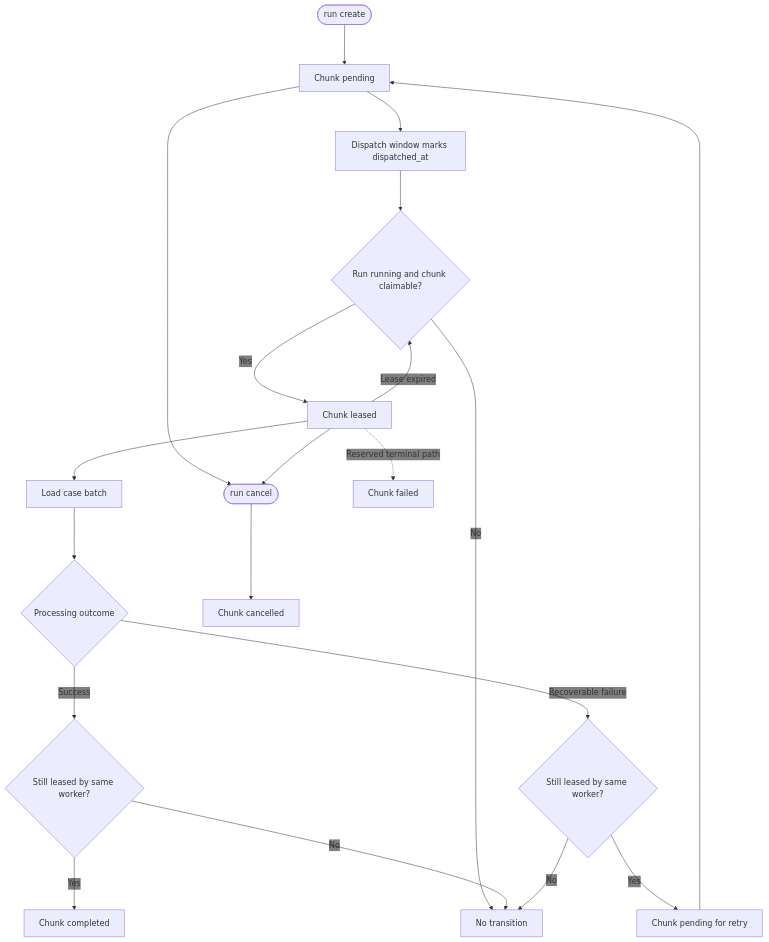
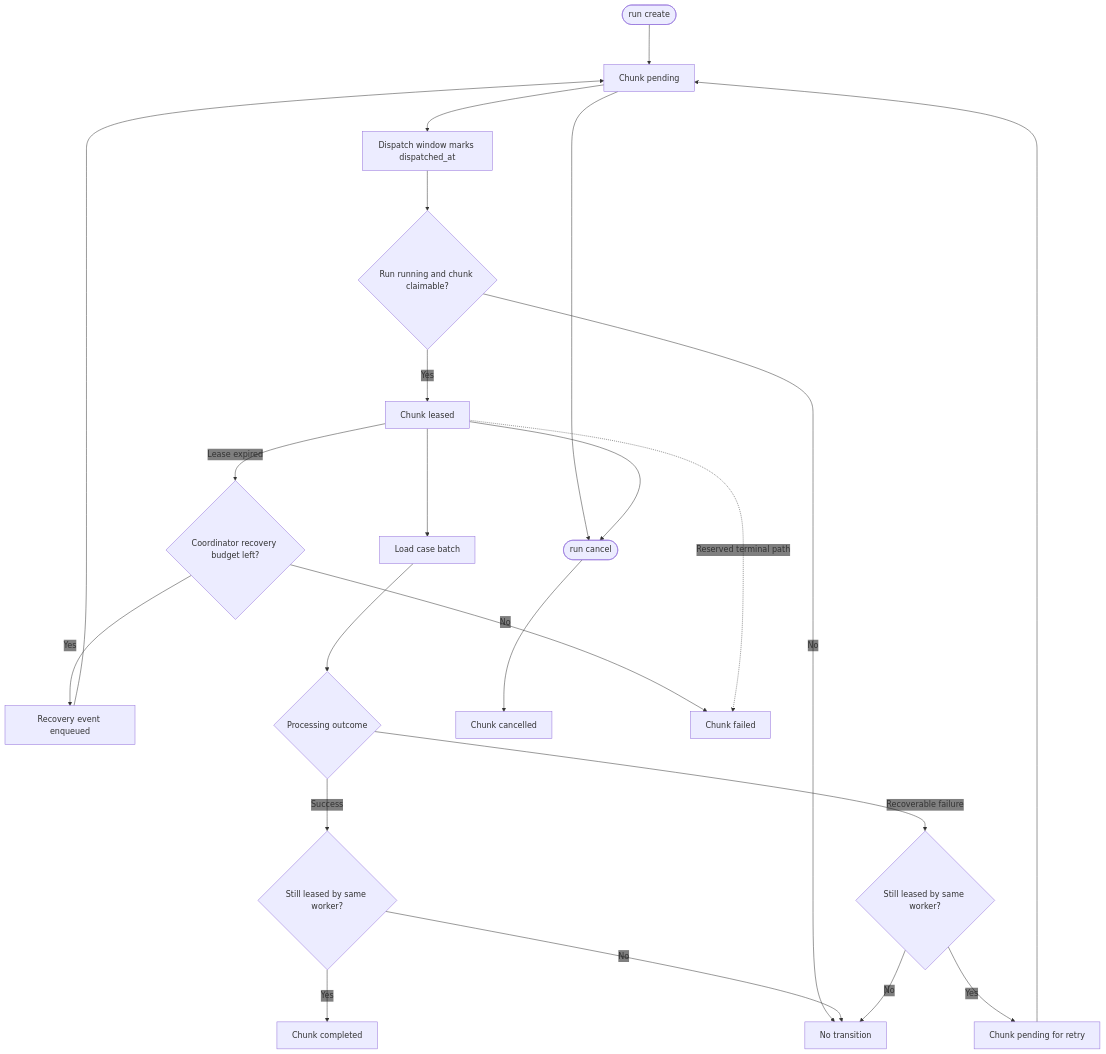
The diagram in web/docs/architecture/state/chunk-lifecycle/diagram.mmd (gregl83/agent-vigilo), drawn with Mermaid before and after one commit. The commit also changed 16 other files, not shown here.

```diff
--- a/web/docs/architecture/state/chunk-lifecycle/diagram.mmd
+++ b/web/docs/architecture/state/chunk-lifecycle/diagram.mmd
@@ -1,51 +1,55 @@
 ---
 config:
   flowchart:
     nodeSpacing: 150
     rankSpacing: 80
   themeVariables:
     edgeLabelBackground: 'transparent'
 ---
 flowchart TD
     Create([run create])
     Pending[Chunk pending]
     Dispatch[Dispatch window marks dispatched_at]
     ClaimGuard{Run running and chunk claimable?}
     Leased[Chunk leased]
+    Recover{Coordinator recovery budget left?}
+    RecoveryEvent[Recovery event enqueued]
     LoadCases[Load case batch]
     Process{Processing outcome}
     CompleteGuard{Still leased by same worker?}
     Completed[Chunk completed]
     ReleaseGuard{Still leased by same worker?}
     Requeued[Chunk pending for retry]
     Cancel([run cancel])
     Cancelled[Chunk cancelled]
     Failed[Chunk failed]
     Noop[No transition]
 
     Create --> Pending
 
     Pending --> Dispatch --> ClaimGuard
-    Leased -->|Lease expired| ClaimGuard
+    Leased -->|Lease expired| Recover
+    Recover -- Yes --> RecoveryEvent --> Pending
+    Recover -- No --> Failed
     ClaimGuard -- Yes --> Leased --> LoadCases --> Process
     ClaimGuard -- No --> Noop
 
     Process -- Success --> CompleteGuard
     CompleteGuard -- Yes --> Completed
     CompleteGuard -- No --> Noop
 
     Process -- Recoverable failure --> ReleaseGuard
     ReleaseGuard -- Yes --> Requeued --> Pending
     ReleaseGuard -- No --> Noop
 
     Pending --> Cancel
     Leased --> Cancel
     Cancel --> Cancelled
 
     Leased -. Reserved terminal path .-> Failed
 
     class Create,Cancel command
-    class Pending,Dispatch,Leased,ClaimGuard,LoadCases,Process,CompleteGuard,ReleaseGuard,Requeued system
+    class Pending,Dispatch,Leased,Recover,RecoveryEvent,ClaimGuard,LoadCases,Process,CompleteGuard,ReleaseGuard,Requeued system
     class Completed success
     class Cancelled,Failed error
     class Noop component
```
